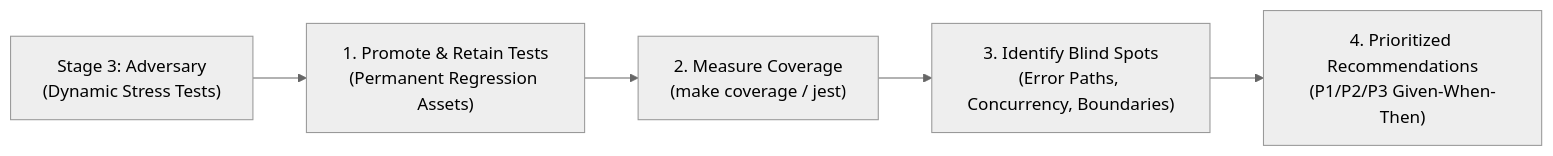
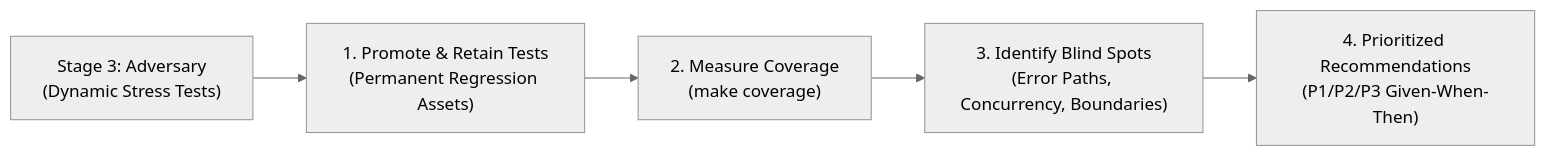
One commit to jiva-studio/vidya changed the diagram in .agents/skills/review/stages/4-test-gap-analyst.md. Above: the diagram before and after it, drawn with Mermaid (neutral theme). The commit also changed other lines of this file and 10 other files, not shown here.

````diff
--- a/.agents/skills/review/stages/4-test-gap-analyst.md
+++ b/.agents/skills/review/stages/4-test-gap-analyst.md
@@ -14,7 +14,7 @@
 ```mermaid
 flowchart LR
     Stage3["Stage 3: Adversary\n(Dynamic Stress Tests)"] --> Retain["1. Promote & Retain Tests\n(Permanent Regression Assets)"]
-    Retain --> Measure["2. Measure Coverage\n(make coverage / jest)"]
+    Retain --> Measure["2. Measure Coverage\n(make coverage)"]
     Measure --> Gaps["3. Identify Blind Spots\n(Error Paths, Concurrency, Boundaries)"]
     Gaps --> Recommend["4. Prioritized Recommendations\n(P1/P2/P3 Given-When-Then)"]
 ```
````
